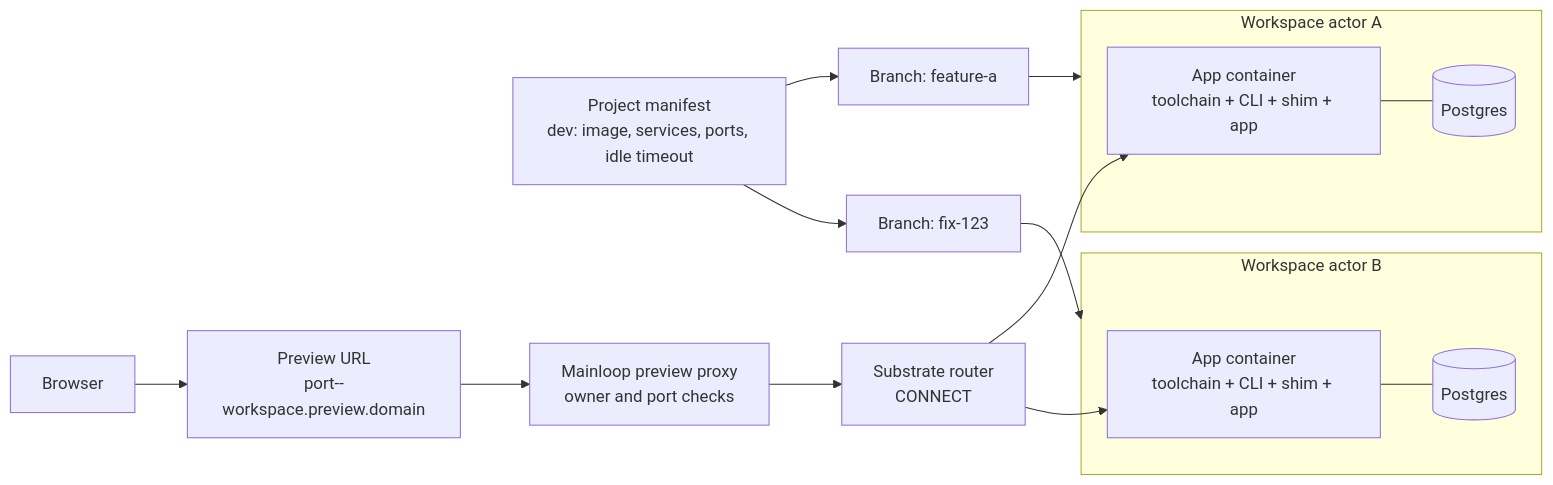
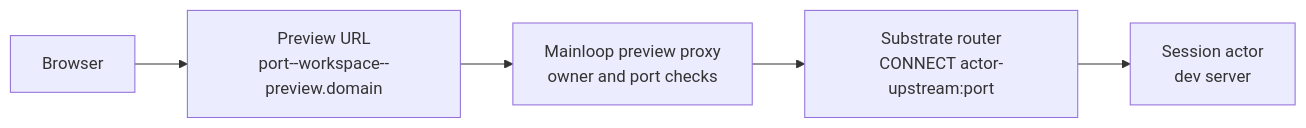
Before and after one commit to oldsj/mainloop: the fourth of 4 diagrams in docs/architecture.md, drawn with Mermaid. The commit also changed other lines of this file and 106 other files, not shown here.

Commit message:
feat: native session stop/queue, owner seam, preview Origin check and Kind overlay (#76)

````diff
--- a/docs/architecture.md
+++ b/docs/architecture.md
@@ -111,25 +112,7 @@
 ```mermaid
 flowchart LR
-  manifest["Project manifest<br/>dev: image, services, ports, idle timeout"]
-  manifest --> branchA["Branch: feature-a"]
-  manifest --> branchB["Branch: fix-123"]
-
-  subgraph actorA["Workspace actor A"]
-    appA["App container<br/>toolchain + CLI + shim + app"]
-    dbA[("Postgres")]
-    appA --- dbA
-  end
-  subgraph actorB["Workspace actor B"]
-    appB["App container<br/>toolchain + CLI + shim + app"]
-    dbB[("Postgres")]
-    appB --- dbB
-  end
-  branchA --> actorA
-  branchB --> actorB
-
-  browser["Browser"] --> url["Preview URL<br/>port--workspace.preview.domain"]
+  browser["Browser"] --> url["Preview URL<br/>port--workspace--preview.domain"]
   url --> proxy["Mainloop preview proxy<br/>owner and port checks"]
-  proxy --> router["Substrate router<br/>CONNECT"]
-  router --> appA
-  router --> appB
+  proxy --> router["Substrate router<br/>CONNECT actor-upstream:port"]
+  router --> actor["Session actor<br/>dev server"]
 ```
````
